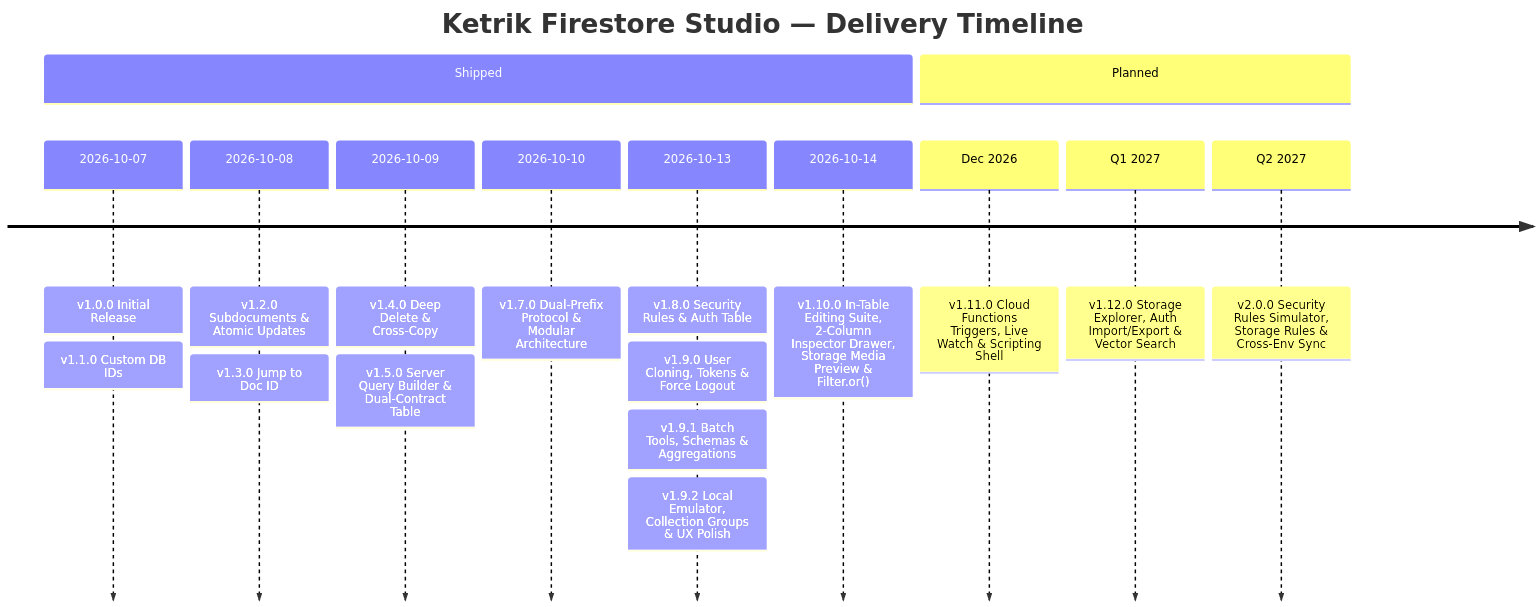
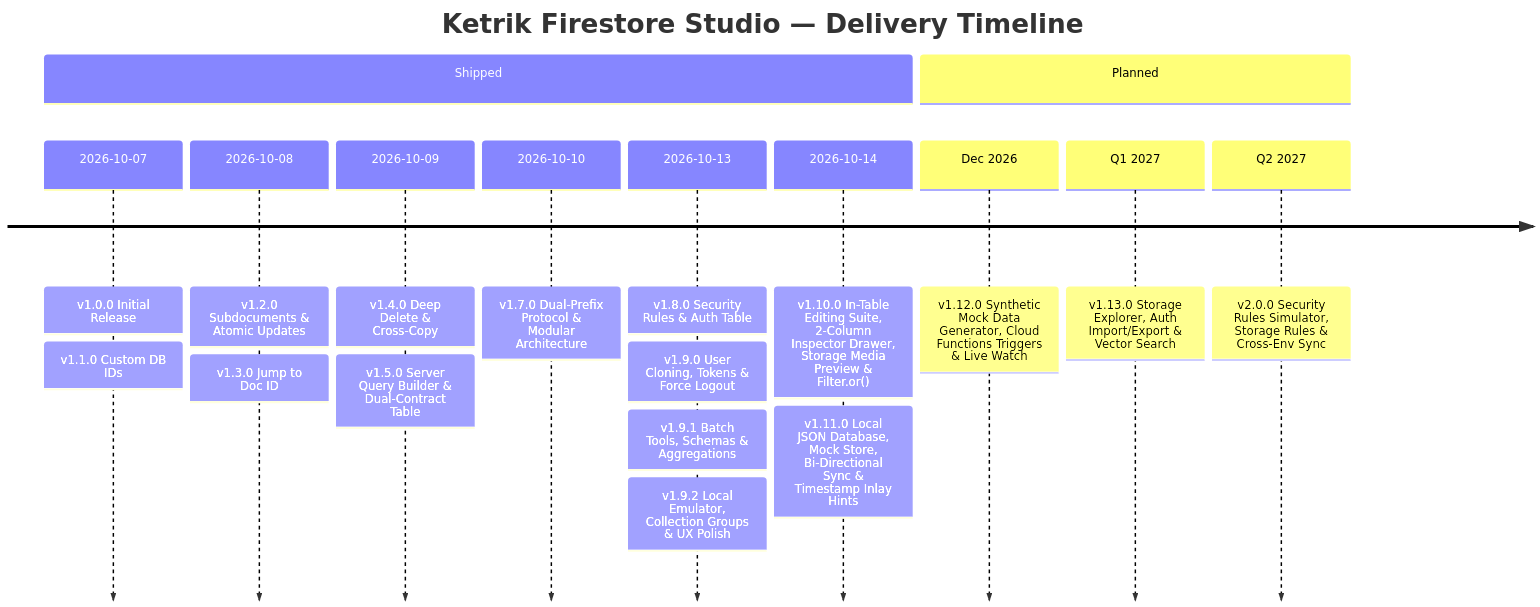
The diagram in ROADMAP.md (ketrik/ketrik-firestore-studio), drawn with Mermaid before and after one commit. The commit also changed other lines of this file and 21 other files, not shown here.

````diff
--- a/ROADMAP.md
+++ b/ROADMAP.md
@@ -5,15 +5,15 @@
 ```mermaid
 timeline
     title Ketrik Firestore Studio — Delivery Timeline
     section Shipped
         2026-10-07 : v1.0.0 Initial Release : v1.1.0 Custom DB IDs
         2026-10-08 : v1.2.0 Subdocuments & Atomic Updates : v1.3.0 Jump to Doc ID
         2026-10-09 : v1.4.0 Deep Delete & Cross-Copy : v1.5.0 Server Query Builder & Dual-Contract Table
         2026-10-10 : v1.7.0 Dual-Prefix Protocol & Modular Architecture
         2026-10-13 : v1.8.0 Security Rules & Auth Table : v1.9.0 User Cloning, Tokens & Force Logout : v1.9.1 Batch Tools, Schemas & Aggregations : v1.9.2 Local Emulator, Collection Groups & UX Polish
-        2026-10-14 : v1.10.0 In-Table Editing Suite, 2-Column Inspector Drawer, Storage Media Preview & Filter.or()
+        2026-10-14 : v1.10.0 In-Table Editing Suite, 2-Column Inspector Drawer, Storage Media Preview & Filter.or() : v1.11.0 Local JSON Database, Mock Store, Bi-Directional Sync & Timestamp Inlay Hints
     section Planned
-        Dec 2026 : v1.11.0 Cloud Functions Triggers, Live Watch & Scripting Shell
-        Q1 2027 : v1.12.0 Storage Explorer, Auth Import/Export & Vector Search
+        Dec 2026 : v1.12.0 Synthetic Mock Data Generator, Cloud Functions Triggers & Live Watch
+        Q1 2027 : v1.13.0 Storage Explorer, Auth Import/Export & Vector Search
         Q2 2027 : v2.0.0 Security Rules Simulator, Storage Rules & Cross-Env Sync
 ```
````
